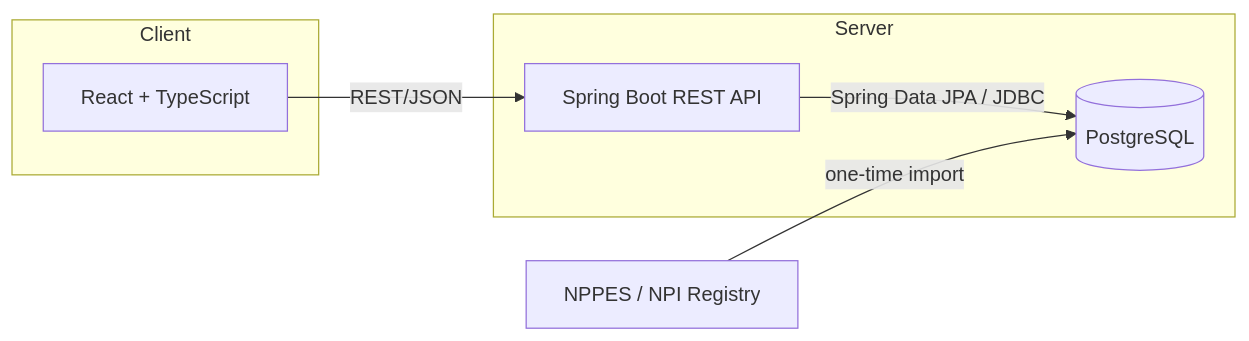
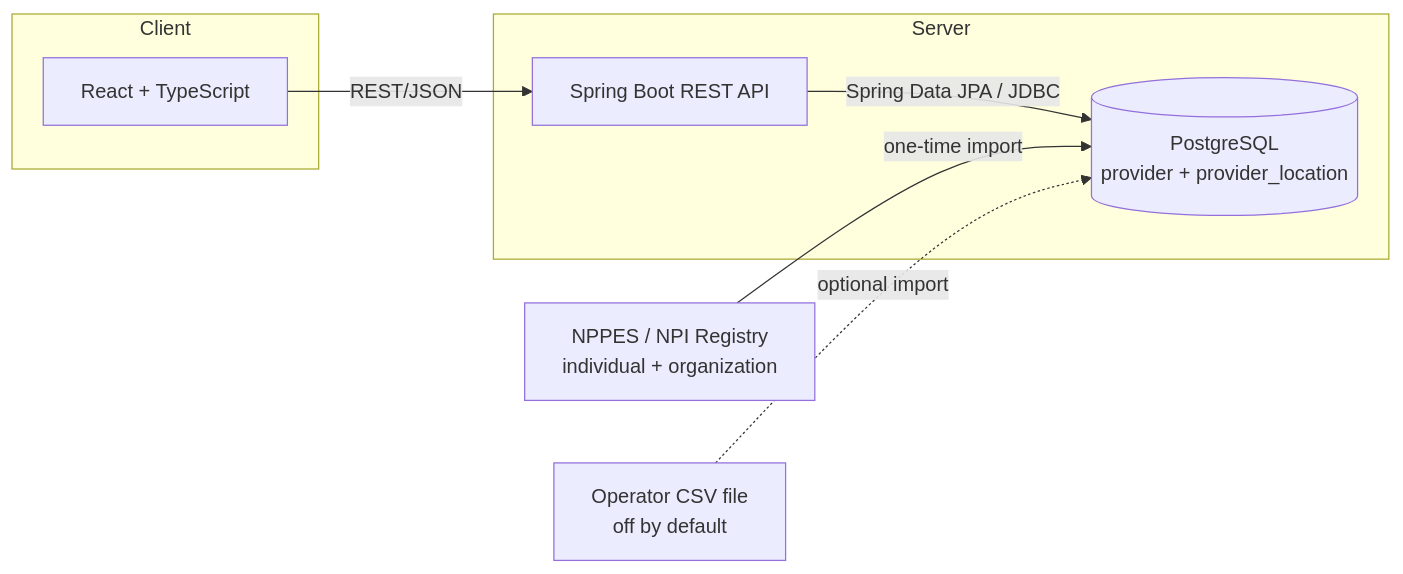
Before and after one commit to vijaykrishna11/docfit-ai: the diagram in README.md, drawn with Mermaid. The commit also changed other lines of this file and 5 other files, not shown here.

First line of the commit message:
docs: document the Provider Data Platform V2 architecture

````diff
--- a/README.md
+++ b/README.md
@@ -91,15 +96,17 @@
 ```mermaid
 flowchart LR
     subgraph Client
         UI[React + TypeScript]
     end
     subgraph Server
         API[Spring Boot REST API]
-        DB[(PostgreSQL)]
+        DB[(PostgreSQL<br/>provider + provider_location)]
     end
-    NPPES[NPPES / NPI Registry]
+    NPPES[NPPES / NPI Registry<br/>individual + organization]
+    CSV[Operator CSV file<br/>off by default]
 
     UI -- REST/JSON --> API
     API -- Spring Data JPA / JDBC --> DB
     NPPES -- one-time import --> DB
+    CSV -. optional import .-> DB
 ```
````
